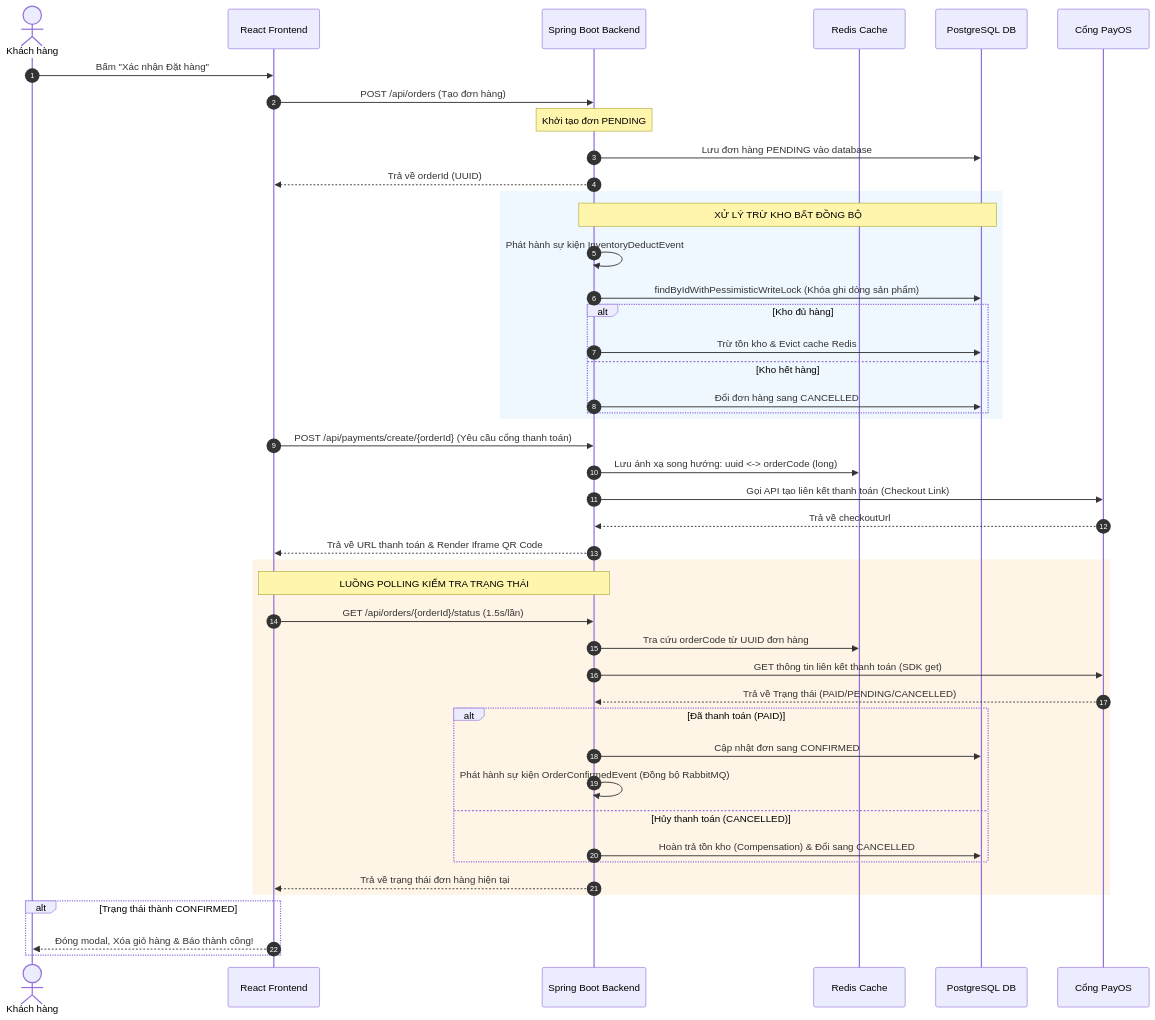
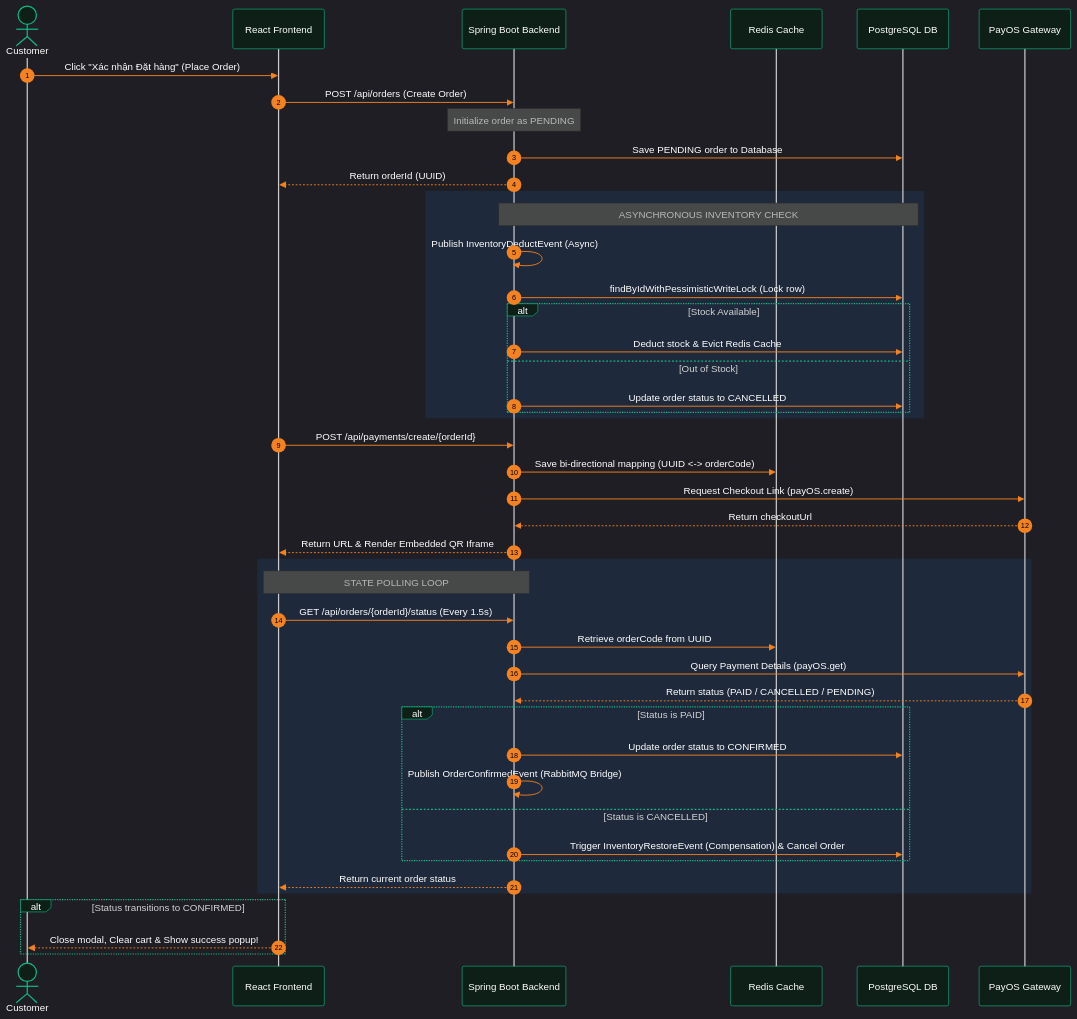
One commit to giahuytruonn/7-Flash-Delivery changed the diagram in README.md. Above: the diagram before and after it, drawn with Mermaid. The commit also changed other lines of this file, not shown here.

````diff
--- a/README.md
+++ b/README.md
@@ -18,52 +17,53 @@
 ```mermaid
+%%{init: { 'theme': 'dark', 'themeVariables': { 'actorBorder': '#10b981', 'actorBkg': '#0D1F17', 'actorTextColor': '#ffffff', 'rectBorderColor': '#F58220', 'rectBkgColor': '#1e293b', 'lineColor': '#10b981', 'signalColor': '#F58220', 'signalTextColor': '#ffffff', 'labelBoxBorderColor': '#10b981', 'labelBoxBkgColor': '#0D1F17', 'labelTextColor': '#ffffff' } } }%%
 sequenceDiagram
     autonumber
-    actor User as Khách hàng
+    actor User as Customer
     participant FE as React Frontend
     participant BE as Spring Boot Backend
     participant Redis as Redis Cache
     participant DB as PostgreSQL DB
-    participant PayOS as Cổng PayOS
+    participant PayOS as PayOS Gateway
 
-    User->>FE: Bấm "Xác nhận Đặt hàng"
-FE->>BE: POST /api/orders (Tạo đơn hàng)
-    Note over BE: Khởi tạo đơn PENDING
-    BE->>DB: Lưu đơn hàng PENDING vào database
-    BE-->>FE: Trả về orderId (UUID)
+    User->>FE: Click "Xác nhận Đặt hàng" (Place Order)
+    FE->>BE: POST /api/orders (Create Order)
+    Note over BE: Initialize order as PENDING
+    BE->>DB: Save PENDING order to Database
+    BE-->>FE: Return orderId (UUID)
     
-    rect rgb(240, 248, 255)
-        Note over BE, DB: XỬ LÝ TRỪ KHO BẤT ĐỒNG BỘ
-        BE->>BE: Phát hành sự kiện InventoryDeductEvent
-        BE->>DB: findByIdWithPessimisticWriteLock (Khóa ghi dòng sản phẩm)
-        alt Kho đủ hàng
-            BE->>DB: Trừ tồn kho & Evict cache Redis
-        else Kho hết hàng
-            BE->>DB: Đổi đơn hàng sang CANCELLED
+    rect rgb(30, 41, 59)
+        Note over BE, DB: ASYNCHRONOUS INVENTORY CHECK
+        BE->>BE: Publish InventoryDeductEvent (Async)
+        BE->>DB: findByIdWithPessimisticWriteLock (Lock row)
+        alt Stock Available
+            BE->>DB: Deduct stock & Evict Redis Cache
+        else Out of Stock
+            BE->>DB: Update order status to CANCELLED
         end
     end
 
-    FE->>BE: POST /api/payments/create/{orderId} (Yêu cầu cổng thanh toán)
-    BE->>Redis: Lưu ánh xạ song hướng: uuid <-> orderCode (long)
-    BE->>PayOS: Gọi API tạo liên kết thanh toán (Checkout Link)
-    PayOS-->>BE: Trả về checkoutUrl
-    BE-->>FE: Trả về URL thanh toán & Render Iframe QR Code
+    FE->>BE: POST /api/payments/create/{orderId}
+    BE->>Redis: Save bi-directional mapping (UUID <-> orderCode)
+    BE->>PayOS: Request Checkout Link (payOS.create)
+    PayOS-->>BE: Return checkoutUrl
+    BE-->>FE: Return URL & Render Embedded QR Iframe
 
-    rect rgb(255, 245, 230)
-        Note over FE, BE: LUỒNG POLLING KIỂM TRA TRẠNG THÁI
-        FE->>BE: GET /api/orders/{orderId}/status (1.5s/lần)
-        BE->>Redis: Tra cứu orderCode từ UUID đơn hàng
-        BE->>PayOS: GET thông tin liên kết thanh toán (SDK get)
-        PayOS-->>BE: Trả về Trạng thái (PAID/PENDING/CANCELLED)
-        alt Đã thanh toán (PAID)
-            BE->>DB: Cập nhật đơn sang CONFIRMED
-            BE->>BE: Phát hành sự kiện OrderConfirmedEvent (Đồng bộ RabbitMQ)
-        else Hủy thanh toán (CANCELLED)
-            BE->>DB: Hoàn trả tồn kho (Compensation) & Đổi sang CANCELLED
+    rect rgb(30, 41, 59)
+        Note over FE, BE: STATE POLLING LOOP
+        FE->>BE: GET /api/orders/{orderId}/status (Every 1.5s)
+        BE->>Redis: Retrieve orderCode from UUID
+        BE->>PayOS: Query Payment Details (payOS.get)
+        PayOS-->>BE: Return status (PAID / CANCELLED / PENDING)
+        alt Status is PAID
+            BE->>DB: Update order status to CONFIRMED
+            BE->>BE: Publish OrderConfirmedEvent (RabbitMQ Bridge)
+        else Status is CANCELLED
+            BE->>DB: Trigger InventoryRestoreEvent (Compensation) & Cancel Order
         end
-        BE-->>FE: Trả về trạng thái đơn hàng hiện tại
+        BE-->>FE: Return current order status
     end
 
-    alt Trạng thái thành CONFIRMED
-        FE-->>User: Đóng modal, Xóa giỏ hàng & Báo thành công!
+    alt Status transitions to CONFIRMED
+        FE-->>User: Close modal, Clear cart & Show success popup!
     end
 ```
````
